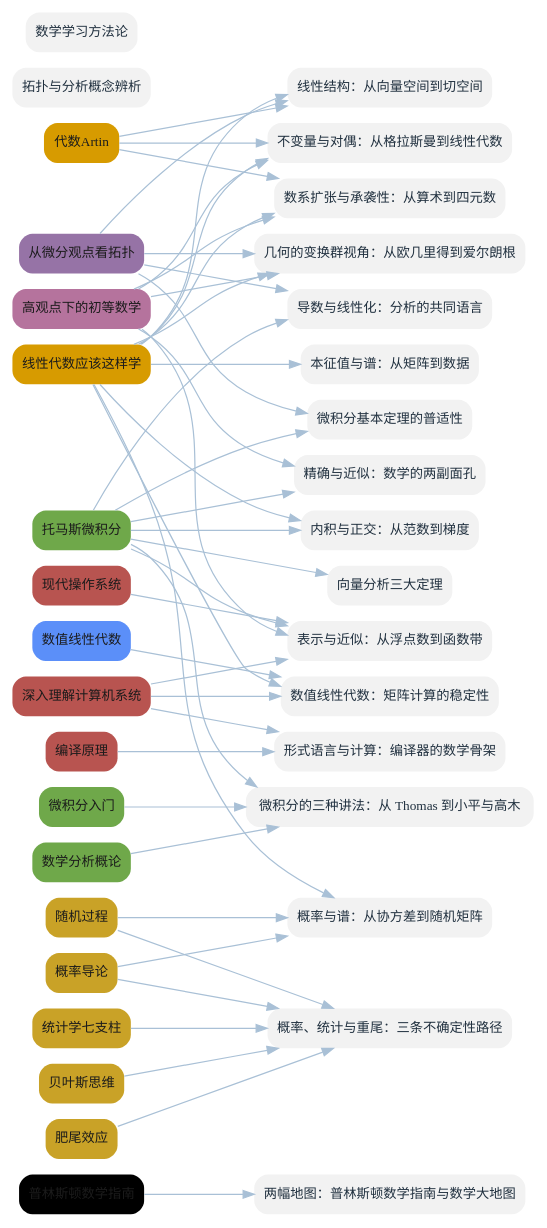
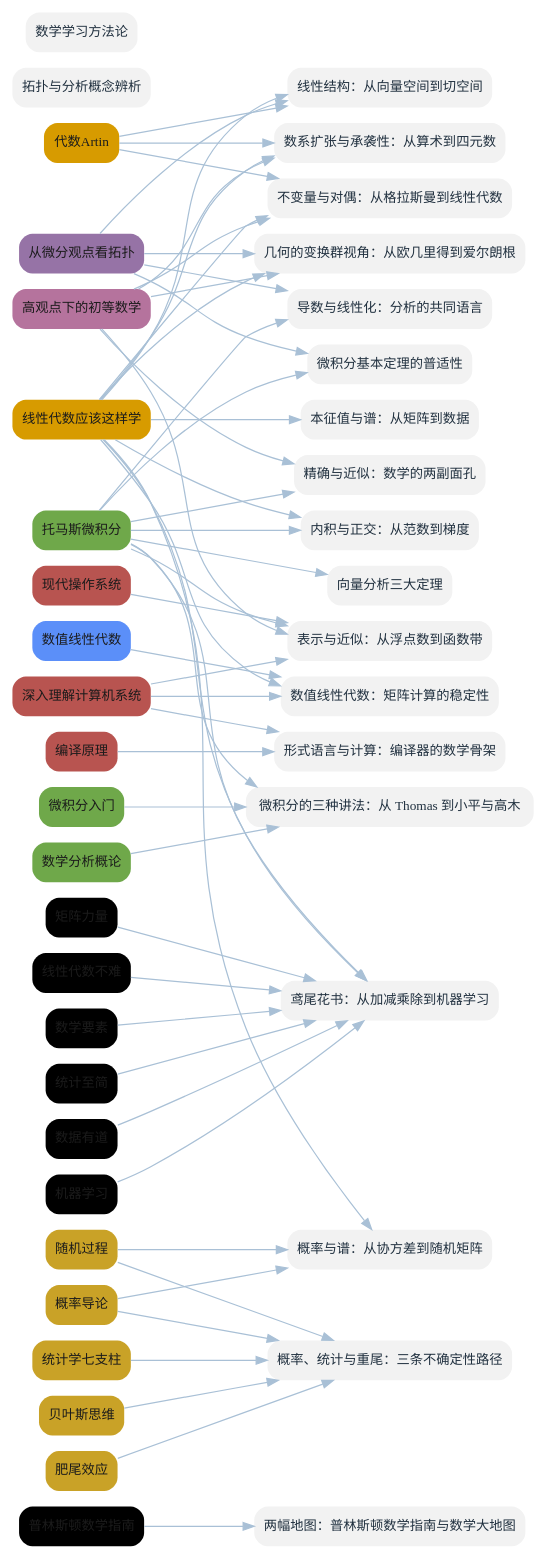
Before and after one commit to lyp0746/lyp-notes: the diagram in book/figures/fig-bridges.dot, drawn with Graphviz. The commit also changed 167 other files, not shown here.

Commit message:
收录鸢尾花书 6 卷(矩阵力量/线性代数不难/数学要素/统计至简/数据有道/机器学习)：raw 清洗+按章拆分(109 章)去样板；15 概念+7 实体+7 导读+跨书桥接；系列章节地图+复习卡(402 题)；新建「数据科学·鸢尾花书」分支；重建地图与 PDF(23 书/189 概念, 104 页)

```diff
--- a/book/figures/fig-bridges.dot
+++ b/book/figures/fig-bridges.dot
@@ -1,84 +1,99 @@
 digraph G {
   graph [bgcolor="white", rankdir=LR, nodesep=0.2, ranksep=1.2];
   node [shape=box, style="rounded,filled", penwidth=0, fontname="Microsoft YaHei", fontsize=12];
   edge [color="#A9C0D6", penwidth=1.1];
   B_PCM [label="普林斯顿数学指南", fillcolor="#DDD", fontcolor="#1B1B1B"];
   B_AT [label="代数Artin", fillcolor="#D79B00", fontcolor="#1B1B1B"];
   B_LA [label="线性代数应该这样学", fillcolor="#D79B00", fontcolor="#1B1B1B"];
   B_CA [label="托马斯微积分", fillcolor="#6FA84A", fontcolor="#1B1B1B"];
   B_CM [label="微积分入门", fillcolor="#6FA84A", fontcolor="#1B1B1B"];
   B_MA [label="数学分析概论", fillcolor="#6FA84A", fontcolor="#1B1B1B"];
   B_DT [label="从微分观点看拓扑", fillcolor="#9673A6", fontcolor="#1B1B1B"];
   B_KG [label="高观点下的初等数学", fillcolor="#B5739D", fontcolor="#1B1B1B"];
   B_PD [label="概率导论", fillcolor="#C9A227", fontcolor="#1B1B1B"];
   B_SP [label="随机过程", fillcolor="#C9A227", fontcolor="#1B1B1B"];
   B_SS [label="统计学七支柱", fillcolor="#C9A227", fontcolor="#1B1B1B"];
   B_BT [label="贝叶斯思维", fillcolor="#C9A227", fontcolor="#1B1B1B"];
   B_FT [label="肥尾效应", fillcolor="#C9A227", fontcolor="#1B1B1B"];
   B_CSAPP [label="深入理解计算机系统", fillcolor="#B85450", fontcolor="#1B1B1B"];
   B_MOS [label="现代操作系统", fillcolor="#B85450", fontcolor="#1B1B1B"];
   B_CP [label="编译原理", fillcolor="#B85450", fontcolor="#1B1B1B"];
   B_NLA [label="数值线性代数", fillcolor="#5B8FF9", fontcolor="#1B1B1B"];
+  B_MX [label="矩阵力量", fillcolor="#DDD", fontcolor="#1B1B1B"];
+  B_LNA [label="线性代数不难", fillcolor="#DDD", fontcolor="#1B1B1B"];
+  B_SJ [label="数学要素", fillcolor="#DDD", fontcolor="#1B1B1B"];
+  B_TZ [label="统计至简", fillcolor="#DDD", fontcolor="#1B1B1B"];
+  B_DY [label="数据有道", fillcolor="#DDD", fontcolor="#1B1B1B"];
+  B_MLI [label="机器学习", fillcolor="#DDD", fontcolor="#1B1B1B"];
   T_0 [label="导数与线性化：分析的共同语言", fillcolor="#F2F2F2", fontcolor="#20303F"];
   T_1 [label="线性结构：从向量空间到切空间", fillcolor="#F2F2F2", fontcolor="#20303F"];
   T_2 [label="内积与正交：从范数到梯度", fillcolor="#F2F2F2", fontcolor="#20303F"];
   T_3 [label="本征值与谱：从矩阵到数据", fillcolor="#F2F2F2", fontcolor="#20303F"];
   T_4 [label="微积分基本定理的普适性", fillcolor="#F2F2F2", fontcolor="#20303F"];
   T_5 [label="向量分析三大定理", fillcolor="#F2F2F2", fontcolor="#20303F"];
   T_6 [label="拓扑与分析概念辨析", fillcolor="#F2F2F2", fontcolor="#20303F"];
   T_7 [label="数学学习方法论", fillcolor="#F2F2F2", fontcolor="#20303F"];
   T_8 [label="不变量与对偶：从格拉斯曼到线性代数", fillcolor="#F2F2F2", fontcolor="#20303F"];
   T_9 [label="数系扩张与承袭性：从算术到四元数", fillcolor="#F2F2F2", fontcolor="#20303F"];
   T_10 [label="精确与近似：数学的两副面孔", fillcolor="#F2F2F2", fontcolor="#20303F"];
   T_11 [label="几何的变换群视角：从欧几里得到爱尔朗根", fillcolor="#F2F2F2", fontcolor="#20303F"];
   T_12 [label="概率与谱：从协方差到随机矩阵", fillcolor="#F2F2F2", fontcolor="#20303F"];
   T_13 [label="表示与近似：从浮点数到函数带", fillcolor="#F2F2F2", fontcolor="#20303F"];
   T_14 [label="概率、统计与重尾：三条不确定性路径", fillcolor="#F2F2F2", fontcolor="#20303F"];
   T_15 [label="形式语言与计算：编译器的数学骨架", fillcolor="#F2F2F2", fontcolor="#20303F"];
   T_16 [label="数值线性代数：矩阵计算的稳定性", fillcolor="#F2F2F2", fontcolor="#20303F"];
   T_17 [label="微积分的三种讲法：从 Thomas 到小平与高木", fillcolor="#F2F2F2", fontcolor="#20303F"];
   T_18 [label="两幅地图：普林斯顿数学指南与数学大地图", fillcolor="#F2F2F2", fontcolor="#20303F"];
+  T_19 [label="鸢尾花书：从加减乘除到机器学习", fillcolor="#F2F2F2", fontcolor="#20303F"];
   B_CA -> T_0;
   B_DT -> T_0;
   B_LA -> T_1;
   B_DT -> T_1;
   B_AT -> T_1;
   B_LA -> T_2;
   B_CA -> T_2;
   B_LA -> T_3;
   B_CA -> T_4;
   B_DT -> T_4;
   B_CA -> T_5;
   B_KG -> T_8;
   B_LA -> T_8;
   B_AT -> T_8;
   B_KG -> T_9;
   B_LA -> T_9;
   B_AT -> T_9;
   B_KG -> T_10;
   B_CA -> T_10;
   B_KG -> T_11;
   B_DT -> T_11;
   B_LA -> T_11;
   B_PD -> T_12;
   B_SP -> T_12;
   B_LA -> T_12;
   B_CSAPP -> T_13;
   B_MOS -> T_13;
   B_KG -> T_13;
   B_CA -> T_13;
   B_PD -> T_14;
   B_SP -> T_14;
   B_SS -> T_14;
   B_BT -> T_14;
   B_FT -> T_14;
   B_CP -> T_15;
   B_CSAPP -> T_15;
   B_NLA -> T_16;
   B_LA -> T_16;
   B_CSAPP -> T_16;
   B_CA -> T_17;
   B_CM -> T_17;
   B_MA -> T_17;
   B_PCM -> T_18;
+  B_MX -> T_19;
+  B_LNA -> T_19;
+  B_SJ -> T_19;
+  B_TZ -> T_19;
+  B_DY -> T_19;
+  B_MLI -> T_19;
+  B_LA -> T_19;
+  B_CA -> T_19;
 }
```
